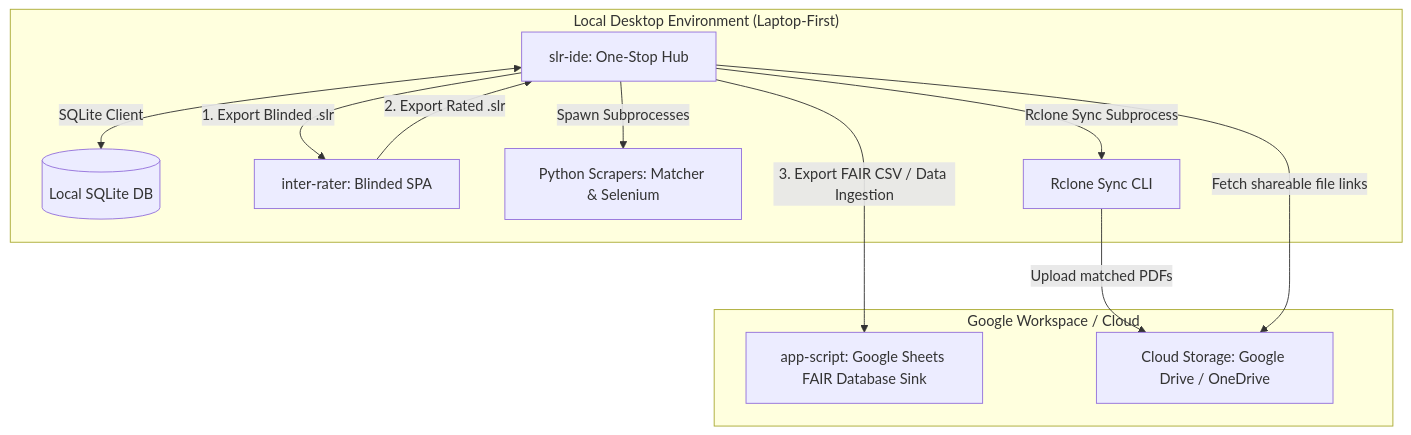
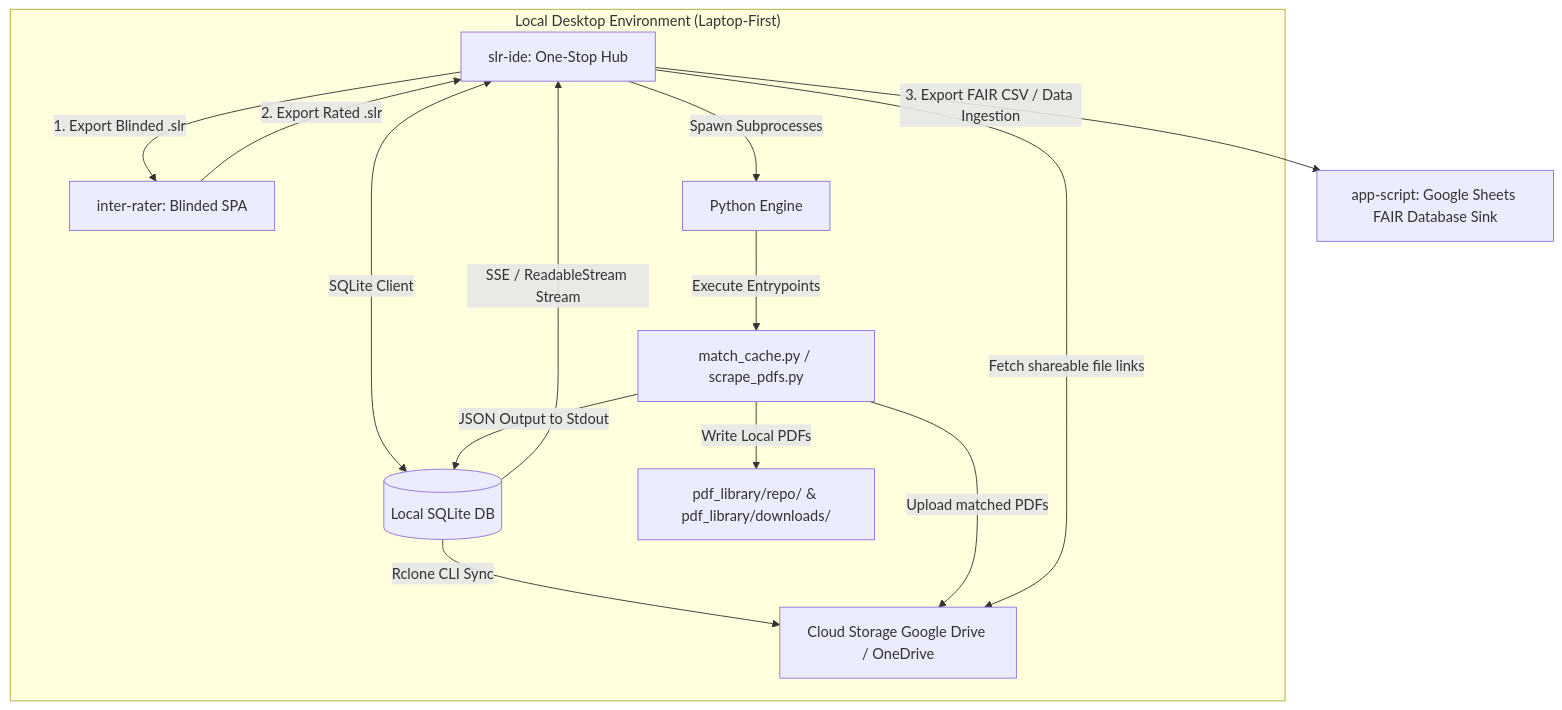
One commit to iwas108/SLR-Magic changed the diagram in architecture.md. Above: the diagram before and after it, drawn with Mermaid. The commit also changed other lines of this file and 63 other files, not shown here.

Commit message:
feat: implement core Python engine and frontend interface for automated PDF processing and LLM operations

````diff
--- a/architecture.md
+++ b/architecture.md
@@ -16,19 +16,18 @@
 ```mermaid
 graph TD
     subgraph "Local Desktop Environment (Laptop-First)"
         A[slr-ide: One-Stop Hub] <-->|SQLite Client| B[(Local SQLite DB)]
         A -->|1. Export Blinded .slr| C[inter-rater: Blinded SPA]
         C -->|2. Export Rated .slr| A
-        A -->|Spawn Subprocesses| D[Python Scrapers: Matcher & Selenium]
-        A -->|Rclone Sync Subprocess| E[Rclone Sync CLI]
+        A -->|Spawn Subprocesses| D[Python Engine]
+        D -->|Execute Entrypoints| E[match_cache.py / scrape_pdfs.py]
+    E -->|JSON Output to Stdout| B
+    B -->|SSE / ReadableStream Stream| A
+    E -->|Write Local PDFs| F[pdf_library/repo/ & pdf_library/downloads/]
+    B -->|Rclone CLI Sync| G[Cloud Storage Google Drive / OneDrive]
     end
     
-    subgraph "Google Workspace / Cloud"
-        F[app-script: Google Sheets FAIR Database Sink]
-        G[Cloud Storage: Google Drive / OneDrive]
-    end
-    
-    A -->|3. Export FAIR CSV / Data Ingestion| F
+    A -->|3. Export FAIR CSV / Data Ingestion| H[app-script: Google Sheets FAIR Database Sink]
     E -->|Upload matched PDFs| G
     A -->|Fetch shareable file links| G
 ```
````
